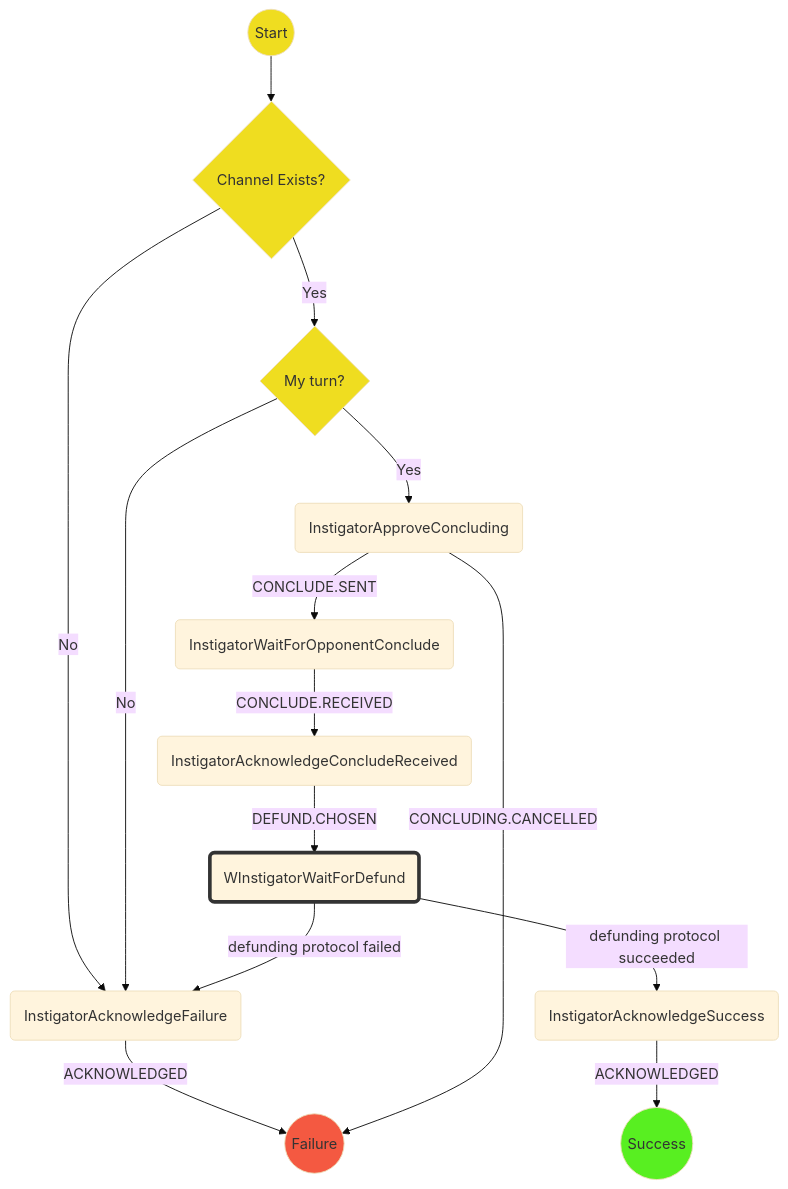
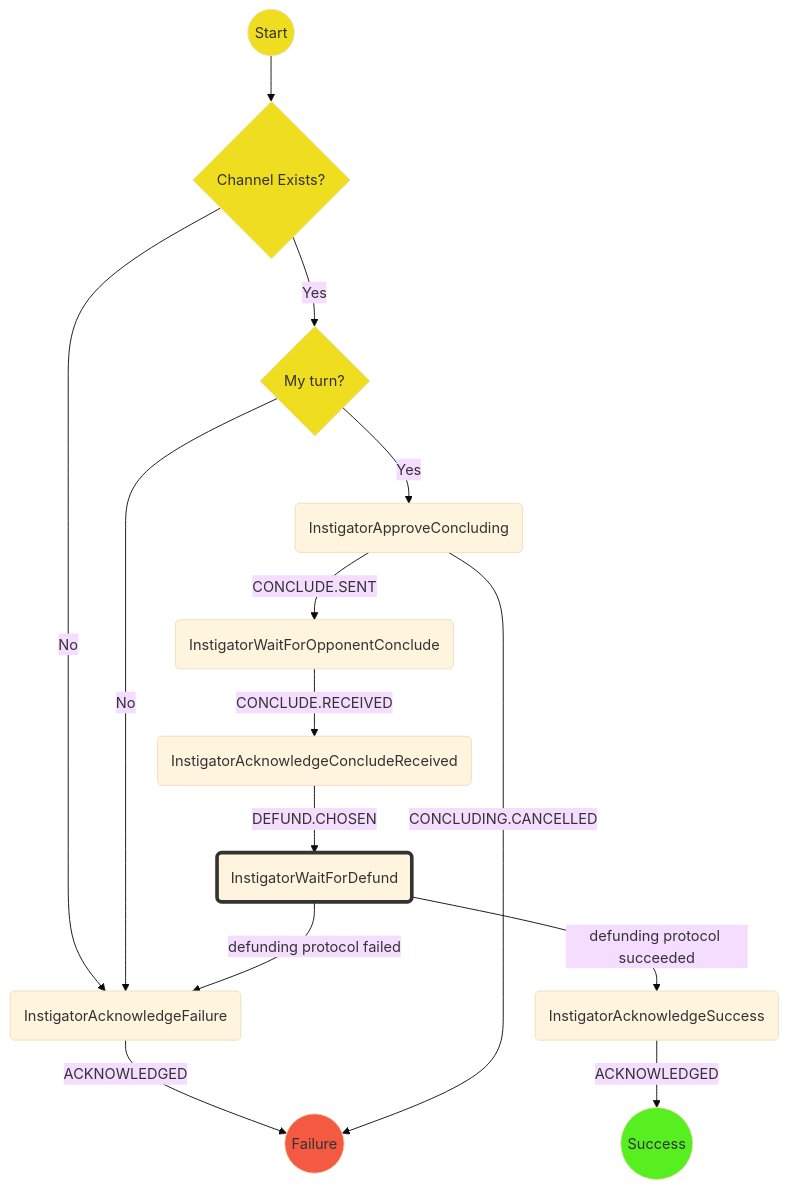
The diagram in packages/wallet/src/redux/protocols/concluding/instigator/readme.md (magmo/apps), drawn with Mermaid (base theme) before and after one commit. The commit also changed 9 other files, not shown here.

````diff
--- a/packages/wallet/src/redux/protocols/concluding/instigator/readme.md
+++ b/packages/wallet/src/redux/protocols/concluding/instigator/readme.md
@@ -21,22 +21,22 @@
 ```mermaid
 graph TD
   S((Start)) --> E{Channel Exists?}
   E --> |No| AF(InstigatorAcknowledgeFailure)
   AF -->|ACKNOWLEDGED| F((Failure))
   E --> |Yes| MT{My turn?}
   MT  --> |Yes| CC(InstigatorApproveConcluding)
   MT  --> |No| AF(InstigatorAcknowledgeFailure)
   CC  --> |CONCLUDING.CANCELLED| F
   CC  --> |CONCLUDE.SENT| WOC(InstigatorWaitForOpponentConclude)
   WOC --> |CONCLUDE.RECEIVED| ACR(InstigatorAcknowledgeConcludeReceived)
-  ACR --> |DEFUND.CHOSEN| D(WInstigatorWaitForDefund)
+  ACR --> |DEFUND.CHOSEN| D(InstigatorWaitForDefund)
   D   --> |defunding protocol succeeded| AS(InstigatorAcknowledgeSuccess)
   AS -->  |ACKNOWLEDGED| SS((Success))
   D   --> |defunding protocol failed| AF(InstigatorAcknowledgeFailure)
   style S  fill:#efdd20
   style E  fill:#efdd20
   style MT fill:#efdd20
   style SS fill:#58ef21
   style F  fill:#f45941
   style D stroke:#333,stroke-width:4px
 ```
````
